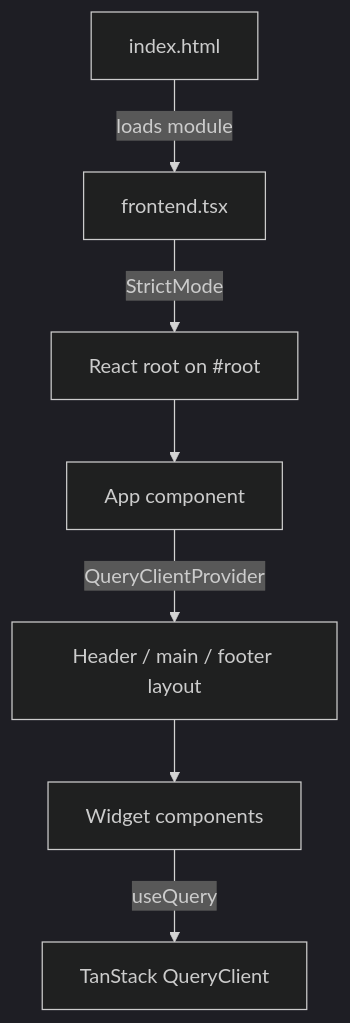
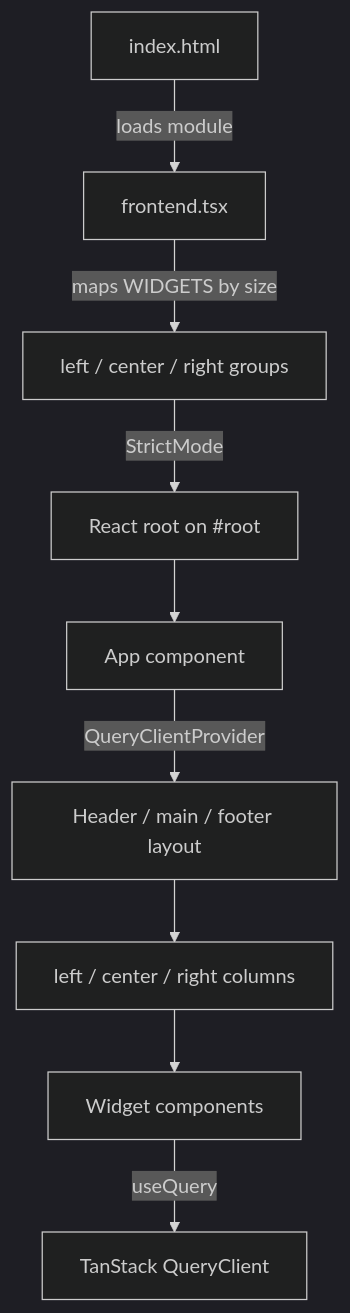
The diagram in openwiki/concepts/frontend.md (RobertoFretel/Widget), drawn with Mermaid (dark theme) before and after one commit. The commit also changed other lines of this file and 22 other files, not shown here.

````diff
--- a/openwiki/concepts/frontend.md
+++ b/openwiki/concepts/frontend.md
@@ -35,9 +35,11 @@
 ```mermaid
 flowchart TD
     HTML["index.html"] -->|loads module| FE["frontend.tsx"]
-    FE -->|StrictMode| Root["React root on #root"]
+    FE -->|maps WIDGETS by size| Groups["left / center / right groups"]
+    Groups -->|StrictMode| Root["React root on #root"]
     Root --> App["App component"]
     App -->|QueryClientProvider| Layout["Header / main / footer layout"]
-    Layout --> Widgets["Widget components"]
+    Layout --> Columns["left / center / right columns"]
+    Columns --> Widgets["Widget components"]
     Widgets -->|useQuery| QueryClient["TanStack QueryClient"]
 ```
````
